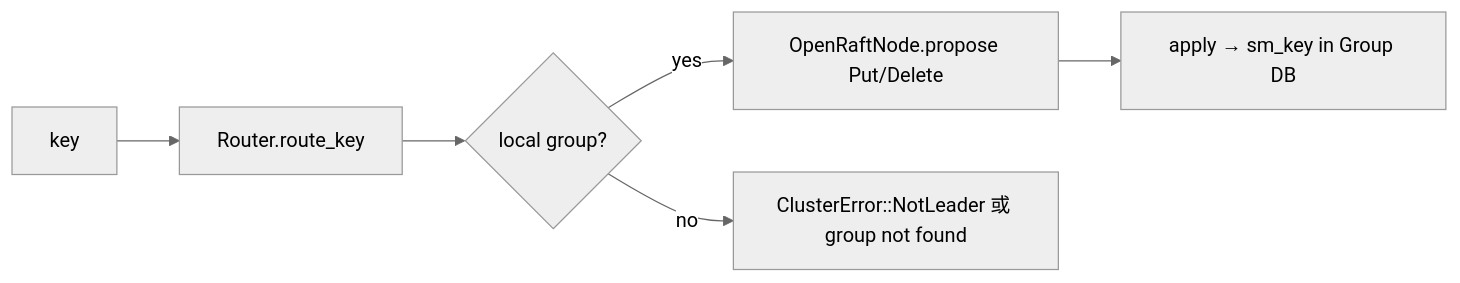
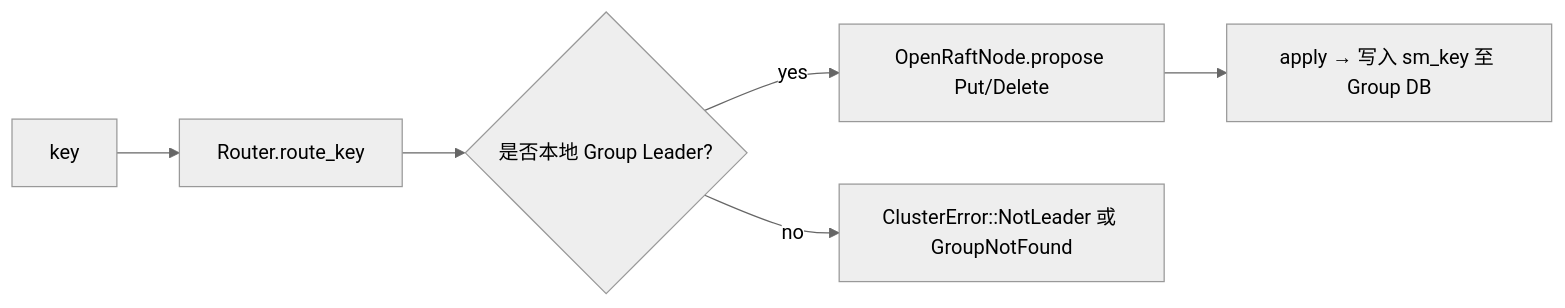
Before and after one commit to Genuineh/AiDb: the third of 4 diagrams in docs/modules/03-cluster.md, drawn with Mermaid (neutral theme). The commit also changed other lines of this file and 15 other files, not shown here.

````diff
--- a/docs/modules/03-cluster.md
+++ b/docs/modules/03-cluster.md
@@ -129,8 +128,8 @@
 ```mermaid
 flowchart LR
-  K[key] --> R[Router.route_key]
-  R --> G{local group?}
-  G -->|yes| P[OpenRaftNode.propose Put/Delete]
-  G -->|no| E[ClusterError::NotLeader 或 group not found]
-  P --> SM[apply → sm_key in Group DB]
+    K[key] --> R[Router.route_key]
+    R --> G{是否本地 Group Leader?}
+    G -->|yes| P[OpenRaftNode.propose Put/Delete]
+    G -->|no| E[ClusterError::NotLeader 或 GroupNotFound]
+    P --> SM[apply → 写入 sm_key 至 Group DB]
 ```
````
